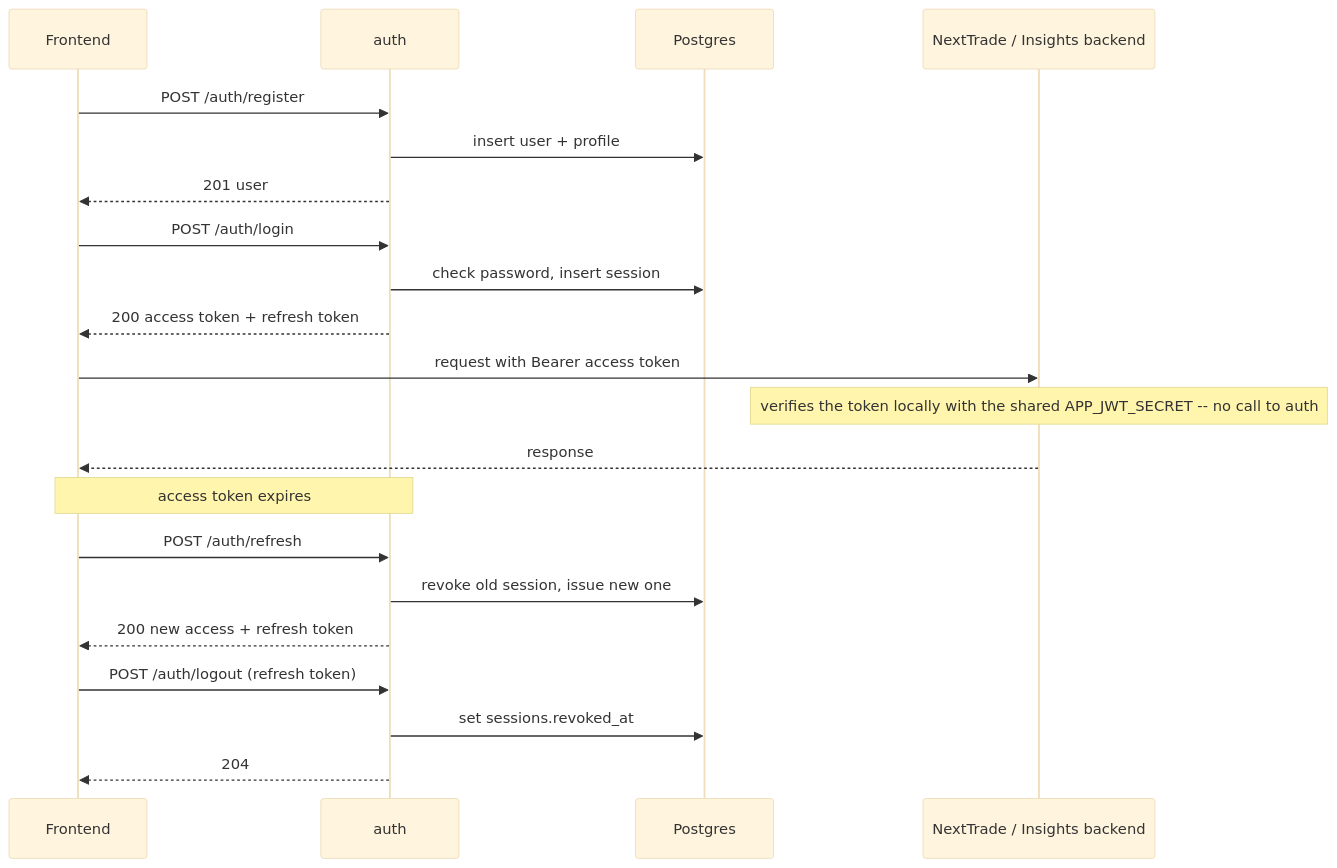
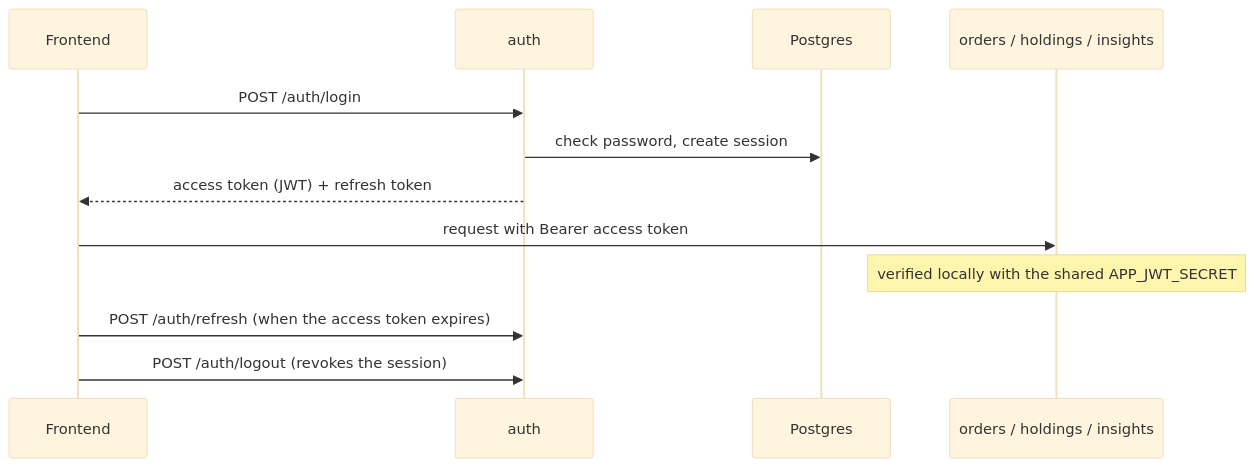
One commit to juliawiecek/lil-leap changed the diagram in auth/README.md. Above: the diagram before and after it, drawn with Mermaid (base theme). The commit also changed other lines of this file, not shown here.

Commit message:
docs(auth): simplify README and add code coverage section

````diff
--- a/auth/README.md
+++ b/auth/README.md
@@ -216,28 +9,15 @@
 ```mermaid
 sequenceDiagram
     participant FE as Frontend
     participant Auth as auth
     participant DB as Postgres
-    participant BE as NextTrade / Insights backend
-
-    FE->>Auth: POST /auth/register
-    Auth->>DB: insert user + profile
-    Auth-->>FE: 201 user
+    participant BE as orders / holdings / insights
 
     FE->>Auth: POST /auth/login
-    Auth->>DB: check password, insert session
-    Auth-->>FE: 200 access token + refresh token
-
+    Auth->>DB: check password, create session
+    Auth-->>FE: access token (JWT) + refresh token
     FE->>BE: request with Bearer access token
-    Note over BE: verifies the token locally with the shared APP_JWT_SECRET -- no call to auth
-    BE-->>FE: response
-
-    Note over FE,Auth: access token expires
-    FE->>Auth: POST /auth/refresh
-    Auth->>DB: revoke old session, issue new one
-    Auth-->>FE: 200 new access + refresh token
-
-    FE->>Auth: POST /auth/logout (refresh token)
-    Auth->>DB: set sessions.revoked_at
-    Auth-->>FE: 204
+    Note over BE: verified locally with the shared APP_JWT_SECRET
+    FE->>Auth: POST /auth/refresh (when the access token expires)
+    FE->>Auth: POST /auth/logout (revokes the session)
 ```
````
